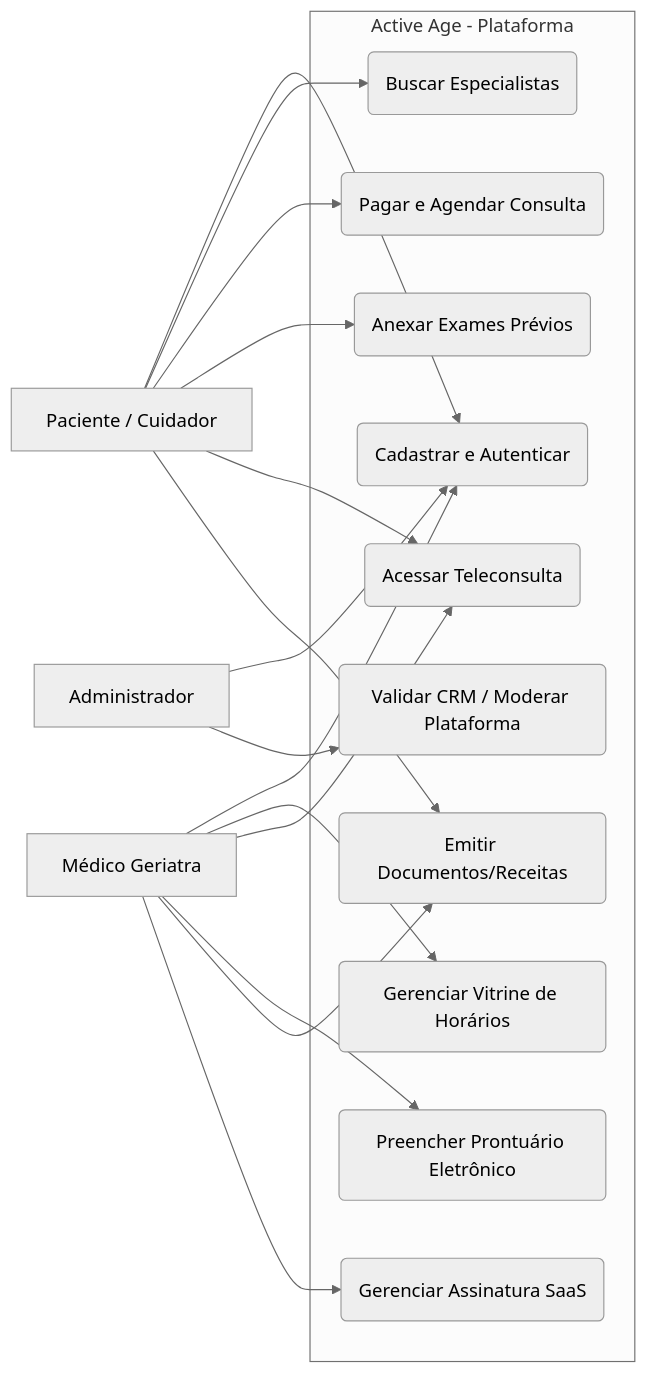
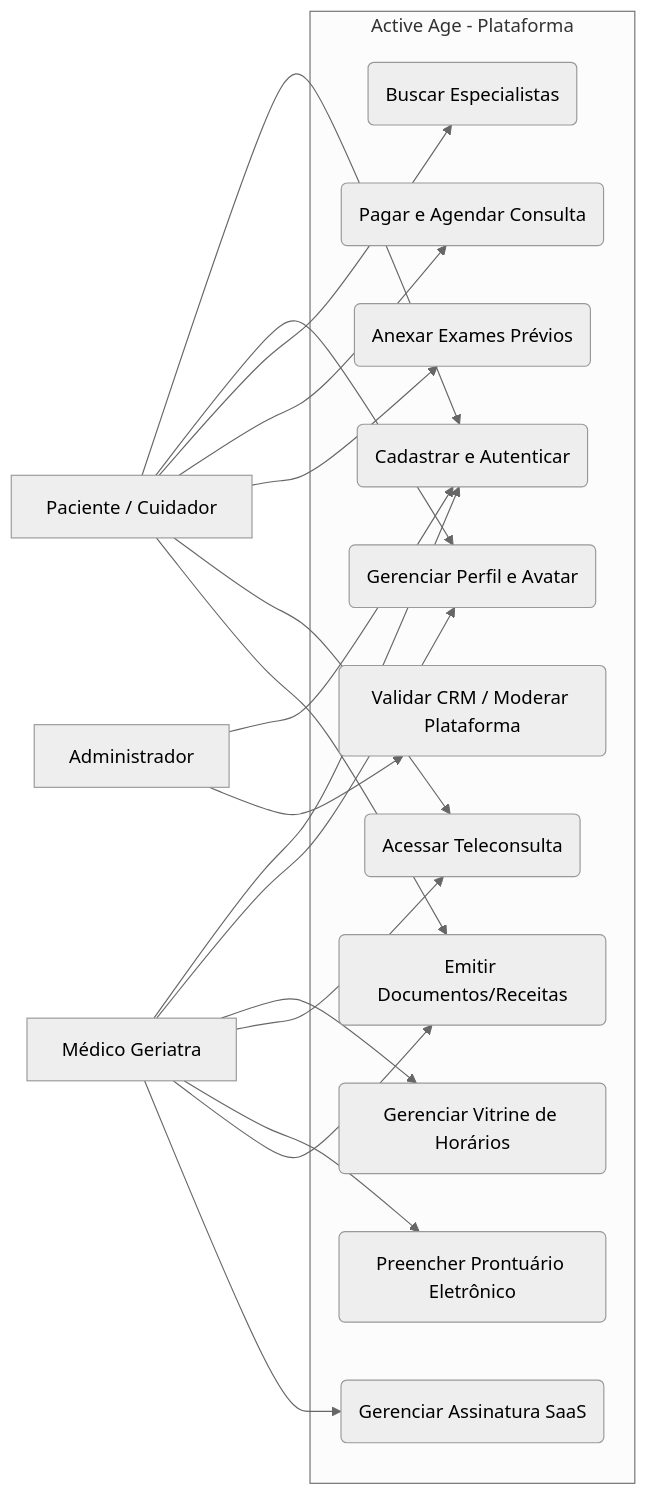
The first of 3 diagrams in 3-Semestre/docs/04-modelos-uml.md (GuilhermeSilva-25/active-age), drawn with Mermaid (neutral theme) before and after one commit. The commit also changed other lines of this file and 8 other files, not shown here.

````diff
--- a/3-Semestre/docs/04-modelos-uml.md
+++ b/3-Semestre/docs/04-modelos-uml.md
@@ -8,40 +8,44 @@
 ```mermaid
 flowchart LR
     %% Atores
     P[Paciente / Cuidador]
     M[Médico Geriatra]
     A[Administrador]
 
     %% Casos de Uso
     subgraph Active Age - Plataforma
         UC1(Cadastrar e Autenticar)
+        UC18(Gerenciar Perfil e Avatar)
         UC2(Buscar Especialistas)
         UC3(Pagar e Agendar Consulta)
         UC4(Gerenciar Vitrine de Horários)
         UC5(Anexar Exames Prévios)
         UC6(Acessar Teleconsulta)
         UC7(Preencher Prontuário Eletrônico)
         UC8(Emitir Documentos/Receitas)
         UC9(Validar CRM / Moderar Plataforma)
         UC10(Gerenciar Assinatura SaaS)
     end
 
     %% Relações
     P --> UC1
     M --> UC1
     A --> UC1
     
+    P --> UC18
+    M --> UC18
+
     P --> UC2
     P --> UC3
     P --> UC5
     P --> UC6
     P --> UC8
 
     M --> UC4
     M --> UC6
     M --> UC7
     M --> UC8
     M --> UC10
 
     A --> UC9
 ```
````
